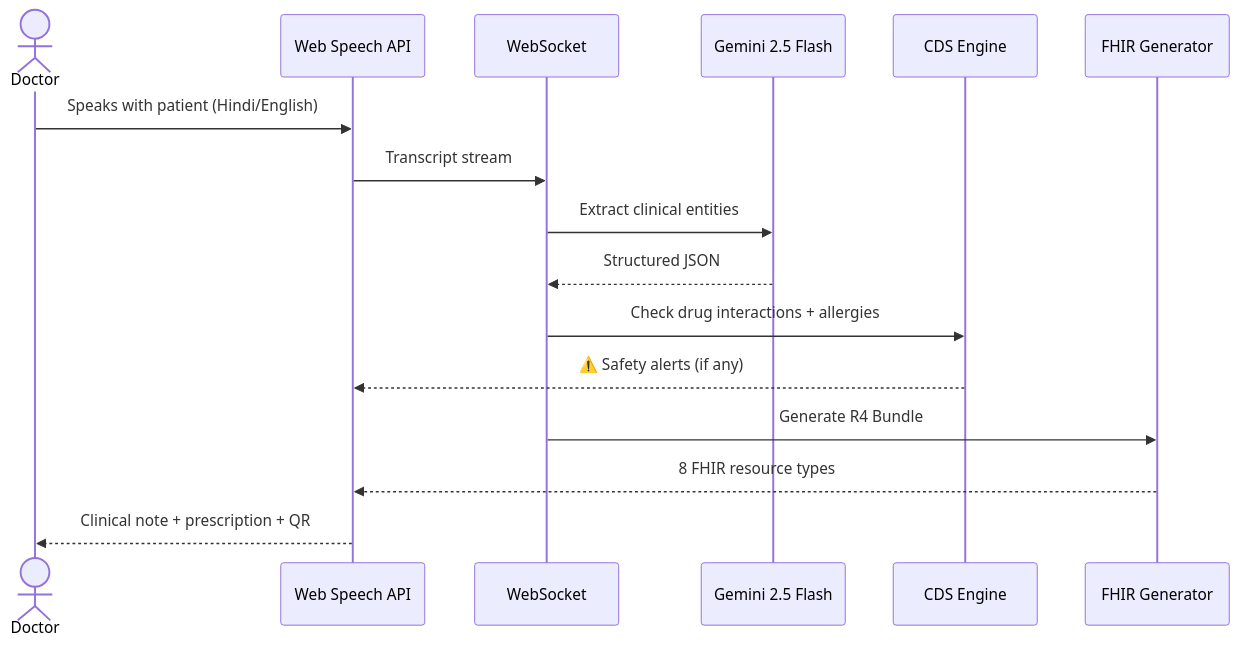
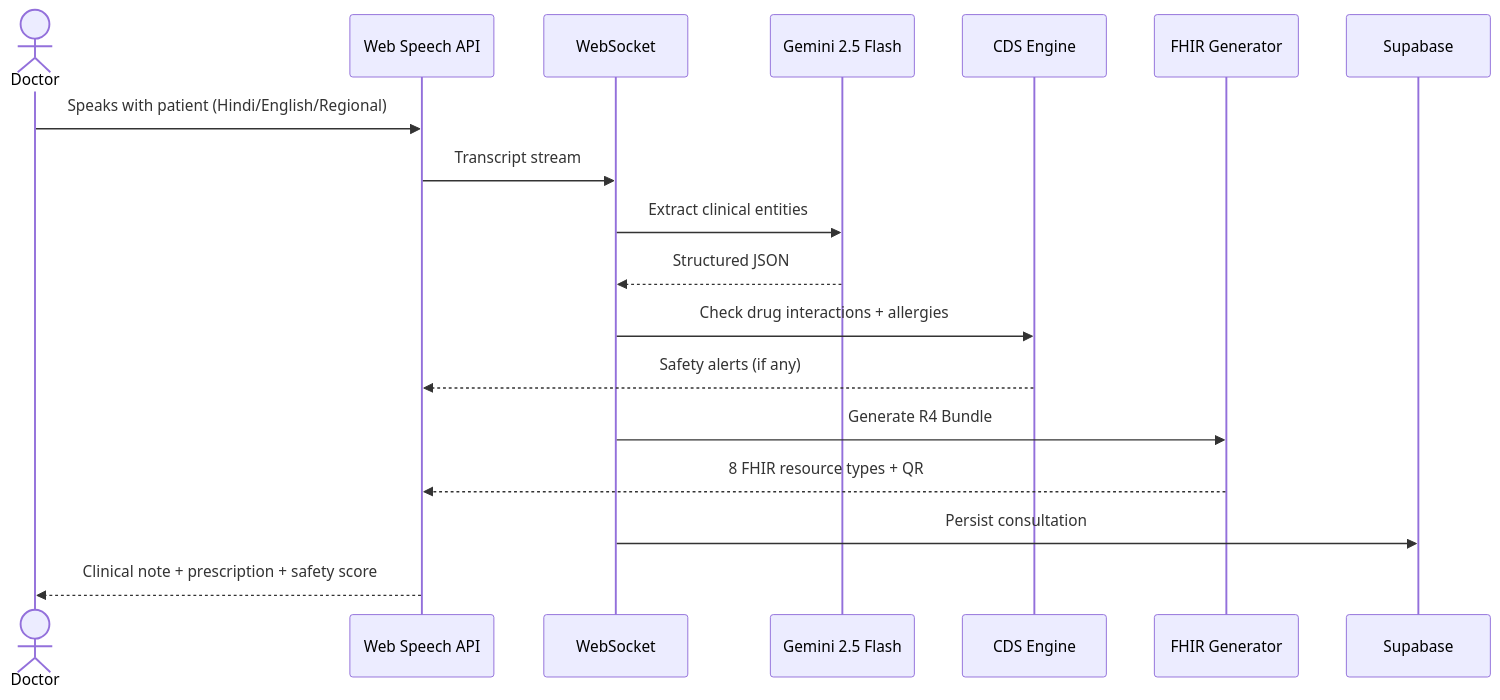
Before and after one commit to Akasxh/medscribe-ai: the second of 2 diagrams in README.md, drawn with Mermaid. The commit also changed other lines of this file and 10 other files, not shown here.

````diff
--- a/README.md
+++ b/README.md
@@ -119,19 +183,21 @@
 ```mermaid
 sequenceDiagram
     actor D as Doctor
     participant B as Web Speech API
     participant WS as WebSocket
     participant G as Gemini 2.5 Flash
     participant CDS as CDS Engine
     participant F as FHIR Generator
+    participant S as Supabase
 
-    D->>B: Speaks with patient (Hindi/English)
+    D->>B: Speaks with patient (Hindi/English/Regional)
     B->>WS: Transcript stream
     WS->>G: Extract clinical entities
     G-->>WS: Structured JSON
     WS->>CDS: Check drug interactions + allergies
-    CDS-->>B: ⚠️ Safety alerts (if any)
+    CDS-->>B: Safety alerts (if any)
     WS->>F: Generate R4 Bundle
-    F-->>B: 8 FHIR resource types
-    B-->>D: Clinical note + prescription + QR
+    F-->>B: 8 FHIR resource types + QR
+    WS->>S: Persist consultation
+    B-->>D: Clinical note + prescription + safety score
 ```
````
